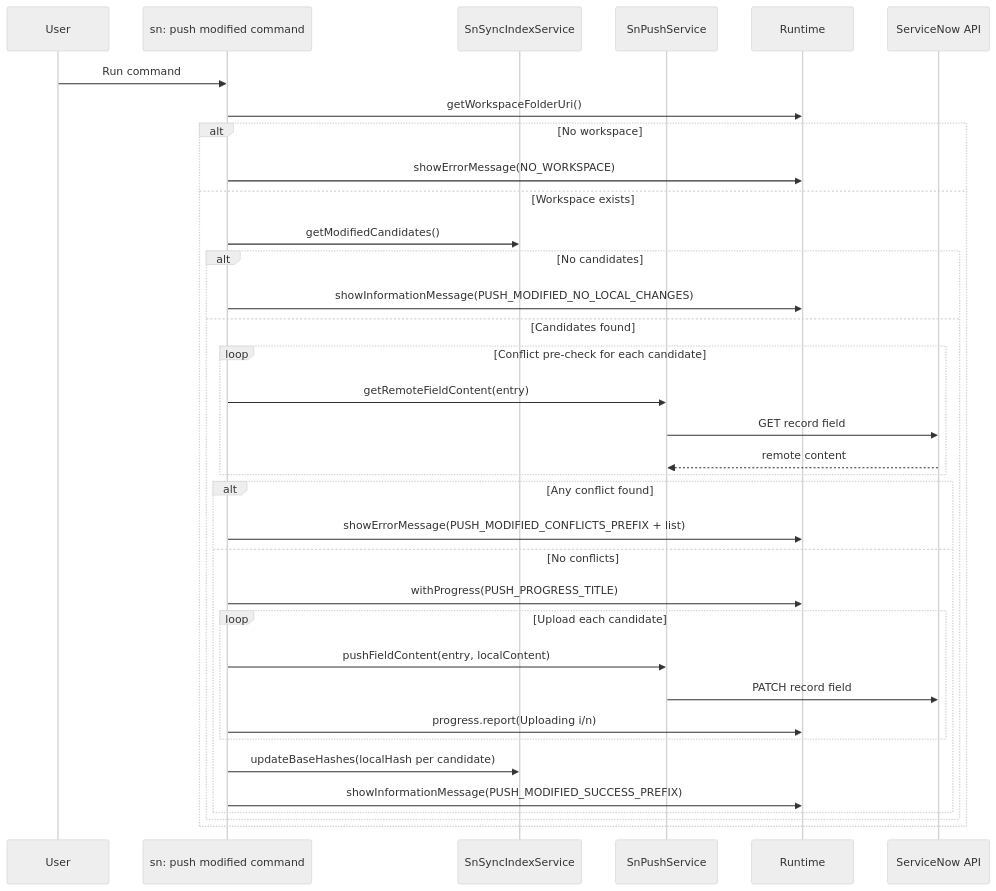
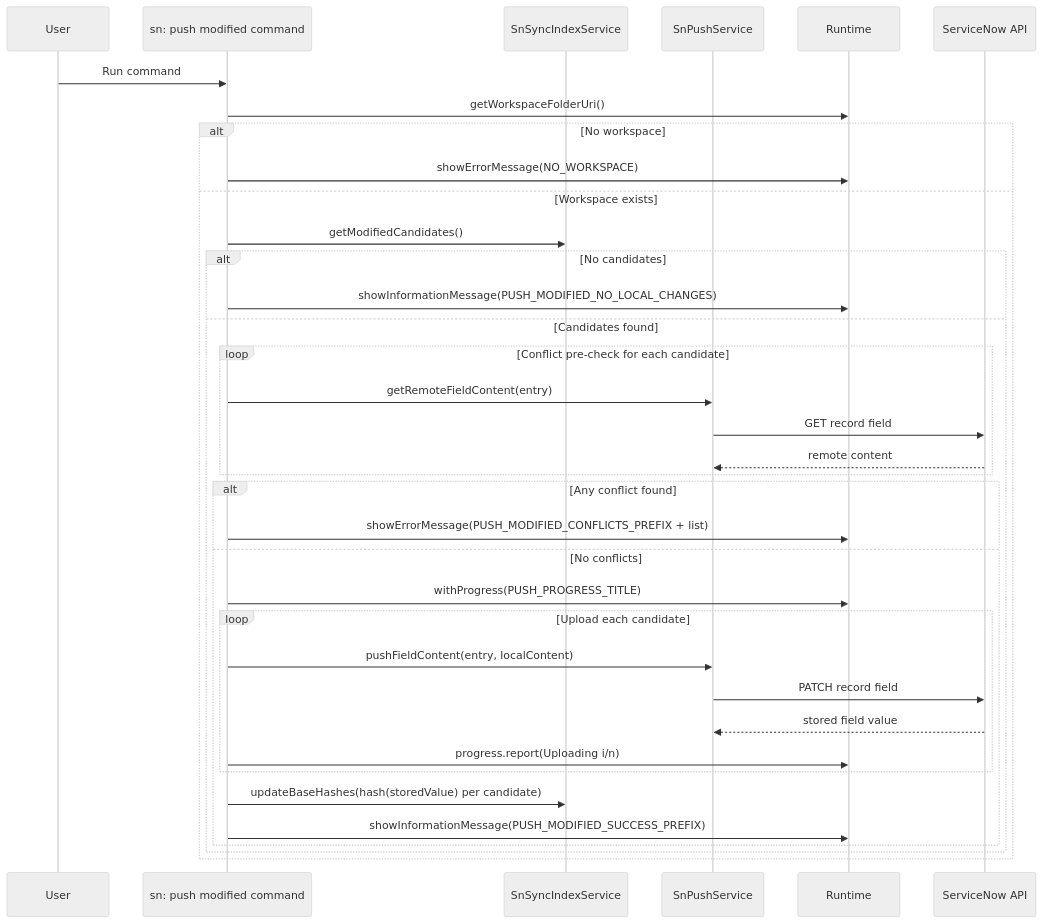
Before and after one commit to AlexAlvarez092/sn-sync: the diagram in docs/sn-push-modified.md, drawn with Mermaid (neutral theme). The commit also changed other lines of this file and 2 other files, not shown here.

Commit message:
fix(push): update baseline hash handling to use stored ServiceNow values after successful writes

````diff
--- a/docs/sn-push-modified.md
+++ b/docs/sn-push-modified.md
@@ -71,38 +71,39 @@
 ```mermaid
 sequenceDiagram
    participant U as User
    participant C as sn: push modified command
    participant I as SnSyncIndexService
    participant P as SnPushService
    participant R as Runtime
    participant N as ServiceNow API
 
    U->>C: Run command
    C->>R: getWorkspaceFolderUri()
    alt No workspace
       C->>R: showErrorMessage(NO_WORKSPACE)
    else Workspace exists
       C->>I: getModifiedCandidates()
       alt No candidates
          C->>R: showInformationMessage(PUSH_MODIFIED_NO_LOCAL_CHANGES)
       else Candidates found
          loop Conflict pre-check for each candidate
             C->>P: getRemoteFieldContent(entry)
             P->>N: GET record field
             N-->>P: remote content
          end
          alt Any conflict found
             C->>R: showErrorMessage(PUSH_MODIFIED_CONFLICTS_PREFIX + list)
          else No conflicts
             C->>R: withProgress(PUSH_PROGRESS_TITLE)
             loop Upload each candidate
                C->>P: pushFieldContent(entry, localContent)
                P->>N: PATCH record field
+               N-->>P: stored field value
                C->>R: progress.report(Uploading i/n)
             end
-            C->>I: updateBaseHashes(localHash per candidate)
+            C->>I: updateBaseHashes(hash(storedValue) per candidate)
             C->>R: showInformationMessage(PUSH_MODIFIED_SUCCESS_PREFIX)
          end
       end
    end
 ```
````
